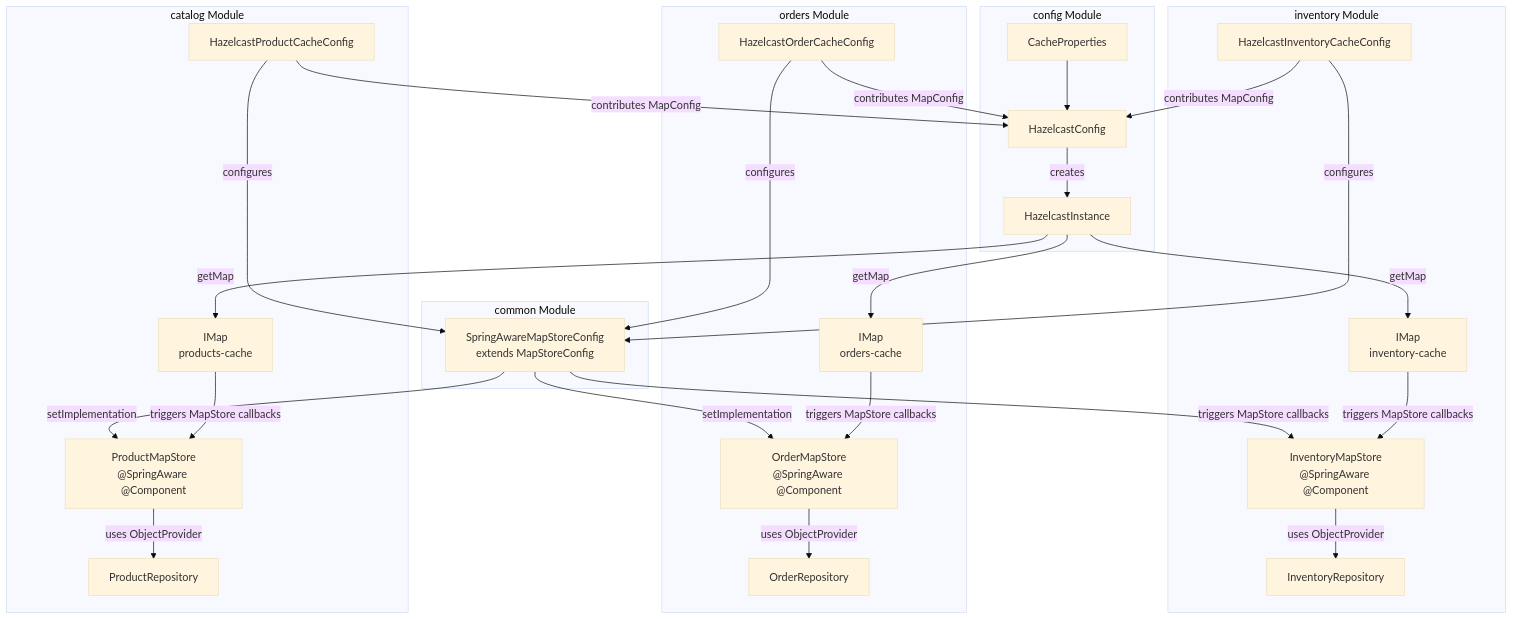
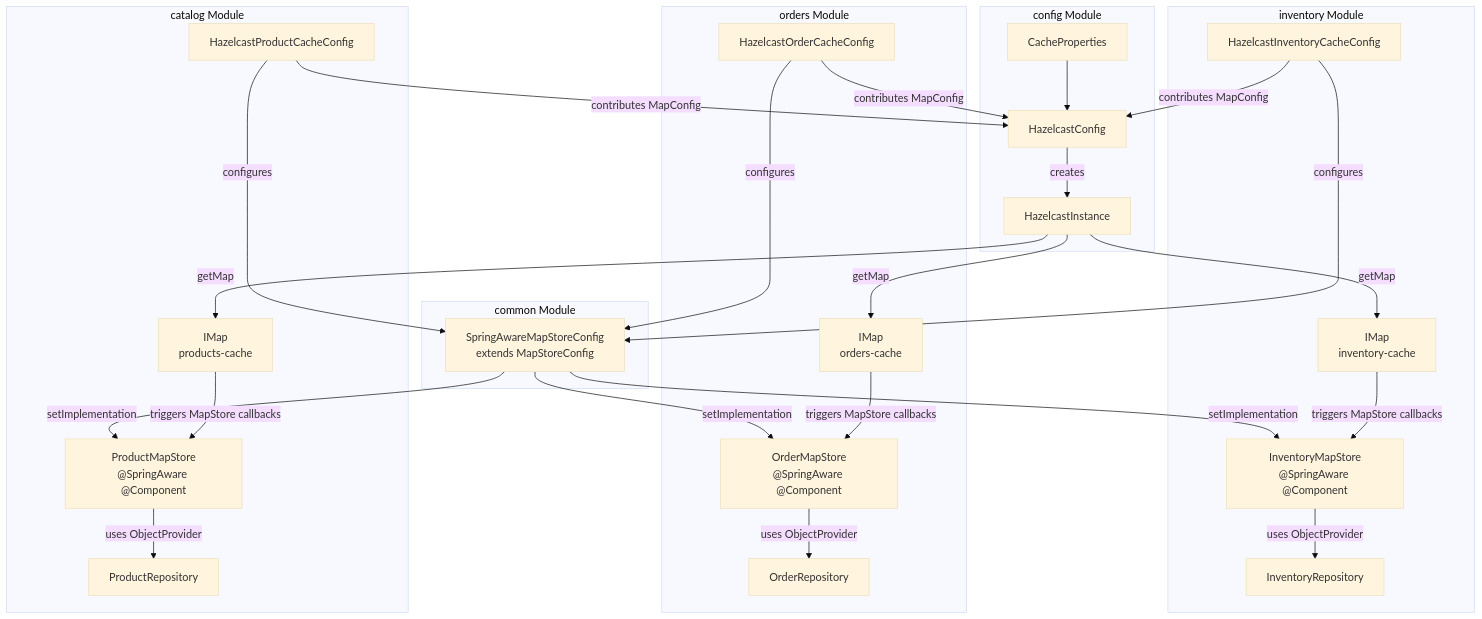
Before and after one commit to philipz/spring-modular-monolith: the second of 6 diagrams in docs/deepwiki/MapStore-Write-Through-Pattern.md, drawn with Mermaid (base theme). The commit also changed 32 other files, not shown here.

````diff
--- a/docs/deepwiki/MapStore-Write-Through-Pattern.md
+++ b/docs/deepwiki/MapStore-Write-Through-Pattern.md
@@ -102,72 +102,72 @@
 ```mermaid
 flowchart TD
 
 HZConfig["HazelcastConfig"]
 CacheProps["CacheProperties"]
 HZInstance["HazelcastInstance"]
 ProductMapConfig["HazelcastProductCacheConfig"]
 ProductMapStore["ProductMapStore<br>@SpringAware @Component"]
 ProductRepo["ProductRepository"]
 ProductCache["IMap<br>products-cache"]
 OrderMapConfig["HazelcastOrderCacheConfig"]
 OrderMapStore["OrderMapStore<br>@SpringAware @Component"]
 OrderRepo["OrderRepository"]
 OrderCache["IMap<br>orders-cache"]
 InventoryMapConfig["HazelcastInventoryCacheConfig"]
 InventoryMapStore["InventoryMapStore<br>@SpringAware @Component"]
 InventoryRepo["InventoryRepository"]
 InventoryCache["IMap<br>inventory-cache"]
 SpringAwareConfig["SpringAwareMapStoreConfig<br>extends MapStoreConfig"]
 
 ProductMapConfig -->|"contributes MapConfig"| HZConfig
 OrderMapConfig -->|"contributes MapConfig"| HZConfig
 InventoryMapConfig -->|"contributes MapConfig"| HZConfig
 ProductMapConfig -->|"configures"| SpringAwareConfig
 OrderMapConfig -->|"configures"| SpringAwareConfig
 InventoryMapConfig -->|"configures"| SpringAwareConfig
 SpringAwareConfig -->|"setImplementation"| ProductMapStore
 SpringAwareConfig -->|"setImplementation"| OrderMapStore
-SpringAwareConfig -->|"triggers MapStore callbacks"| InventoryMapStore
+SpringAwareConfig -->|"setImplementation"| InventoryMapStore
 HZInstance -->|"getMap"| ProductCache
 HZInstance -->|"getMap"| OrderCache
 HZInstance -->|"getMap"| InventoryCache
 
 subgraph subGraph4 ["common Module"]
     SpringAwareConfig
 end
 
 subgraph subGraph3 ["inventory Module"]
     InventoryMapConfig
     InventoryMapStore
     InventoryRepo
     InventoryCache
     InventoryMapStore -->|"uses ObjectProvider"| InventoryRepo
     InventoryCache -->|"triggers MapStore callbacks"| InventoryMapStore
 end
 
 subgraph subGraph2 ["orders Module"]
     OrderMapConfig
     OrderMapStore
     OrderRepo
     OrderCache
     OrderMapStore -->|"uses ObjectProvider"| OrderRepo
     OrderCache -->|"triggers MapStore callbacks"| OrderMapStore
 end
 
 subgraph subGraph1 ["catalog Module"]
     ProductMapConfig
     ProductMapStore
     ProductRepo
     ProductCache
     ProductMapStore -->|"uses ObjectProvider"| ProductRepo
     ProductCache -->|"triggers MapStore callbacks"| ProductMapStore
 end
 
 subgraph subGraph0 ["config Module"]
     HZConfig
     CacheProps
     HZInstance
     CacheProps --> HZConfig
     HZConfig -->|"creates"| HZInstance
 end
 ```
````
